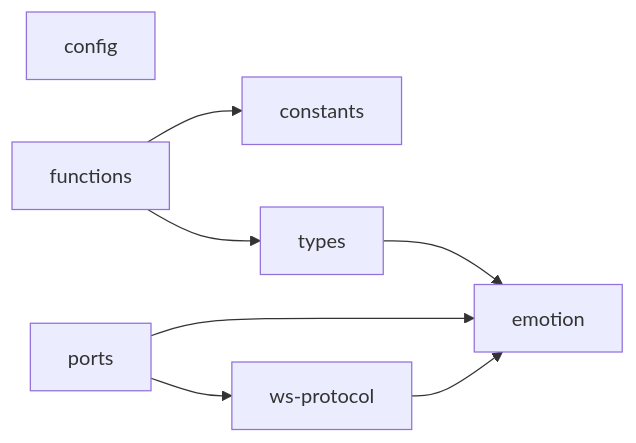
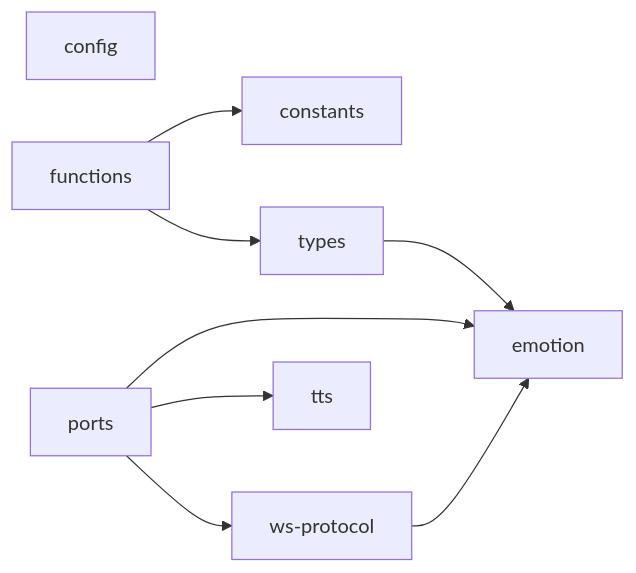
Before and after one commit to OJII3/vicissitude: the diagram in packages/shared/DEPS.md, drawn with Mermaid. The commit also changed other lines of this file and 7 other files, not shown here.

````diff
--- a/packages/shared/DEPS.md
+++ b/packages/shared/DEPS.md
@@ -7,12 +7,14 @@
 ```mermaid
 graph LR
   config
   constants
   emotion
   functions --> constants
   functions --> types
   ports --> emotion
+  ports --> tts
   ports --> ws_protocol["ws-protocol"]
+  tts
   types --> emotion
   ws_protocol["ws-protocol"] --> emotion
 ```
````
